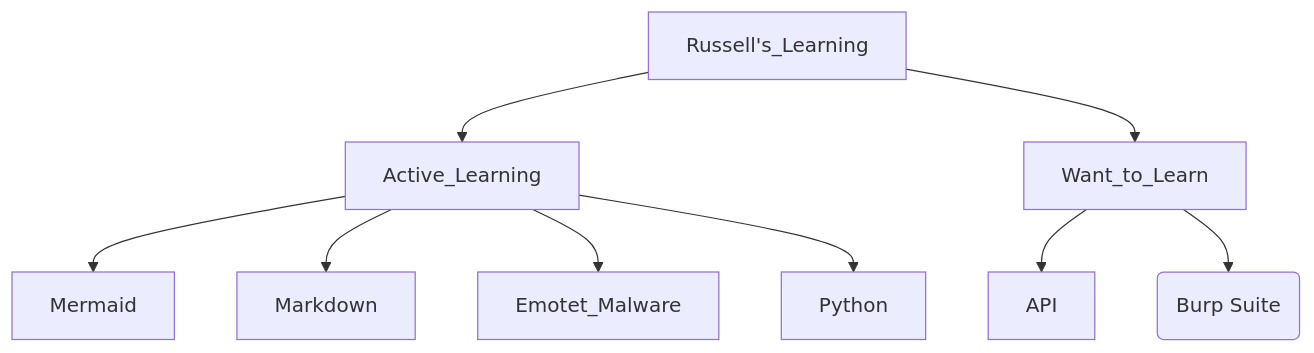
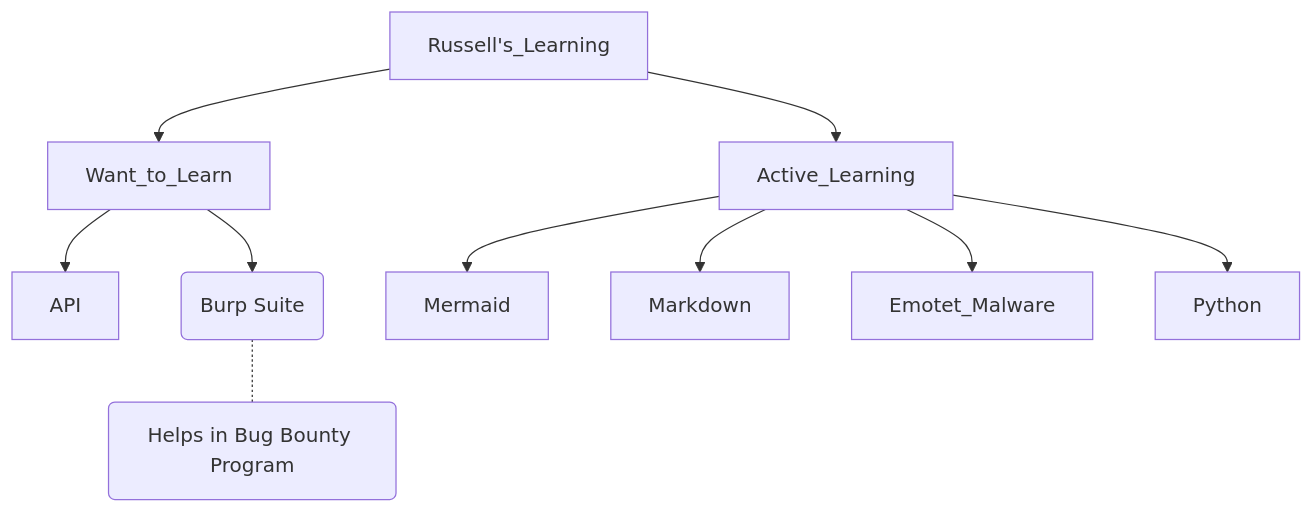
The diagram in _posts/2026-11-09-current-learning.md (jalar71/jalar71.github.io), drawn with Mermaid before and after one commit.

Commit message:
Add new learning topics to current learning post

````diff
--- a/_posts/2026-11-09-current-learning.md
+++ b/_posts/2026-11-09-current-learning.md
@@ -15,11 +15,12 @@
 ```mermaid
 flowchart TD
 Russell's_Learning --> Active_Learning
 Russell's_Learning --> Want_to_Learn
 Want_to_Learn --> API
 Want_to_Learn --> D("Burp Suite")
+D -.- E("Helps in Bug Bounty Program")
 Active_Learning --> Mermaid
 Active_Learning --> Markdown
 Active_Learning --> Emotet_Malware
 Active_Learning --> Python
 ```
````
